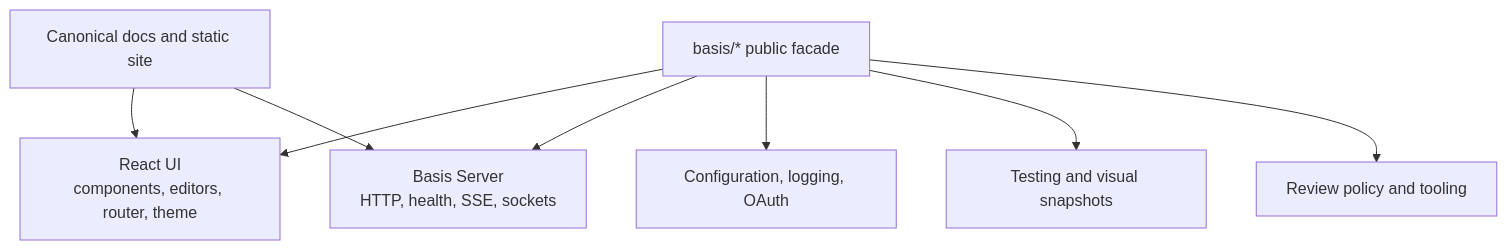
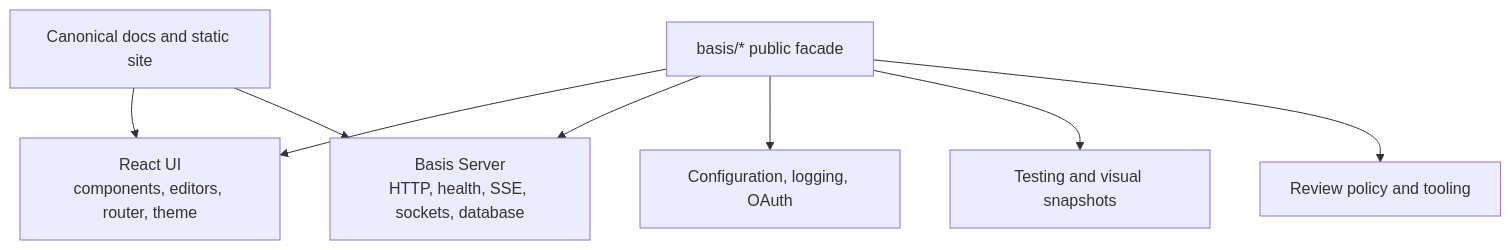
One commit to TroyAlford/basis changed the diagram in docs/architecture.mdx. Above: the diagram before and after it, drawn with Mermaid. The commit also changed other lines of this file and 167 other files, not shown here.

First line of the commit message:
feat(db): merge versioned database architecture (#306)

````diff
--- a/docs/architecture.mdx
+++ b/docs/architecture.mdx
@@ -13,17 +13,17 @@
 ```mermaid
 flowchart TD
     Facade["basis/* public facade"]
     UI["React UI<br/>components, editors, router, theme"]
-    Server["Basis Server<br/>HTTP, health, SSE, sockets"]
+    Server["Basis Server<br/>HTTP, health, SSE, sockets, database"]
     Core["Configuration, logging, OAuth"]
     Testing["Testing and visual snapshots"]
     Review["Review policy and tooling"]
     Docs["Canonical docs and static site"]
     Facade --> UI
     Facade --> Server
     Facade --> Core
     Facade --> Testing
     Facade --> Review
     Docs --> UI
     Docs --> Server
 ```
````
